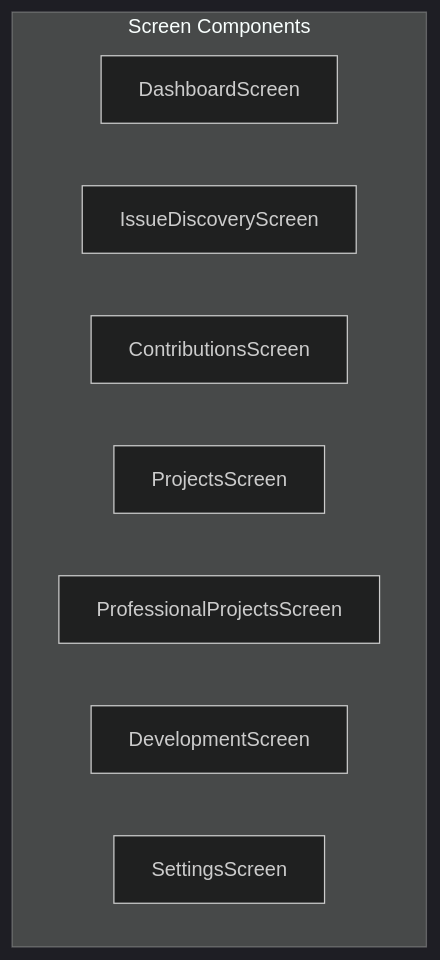
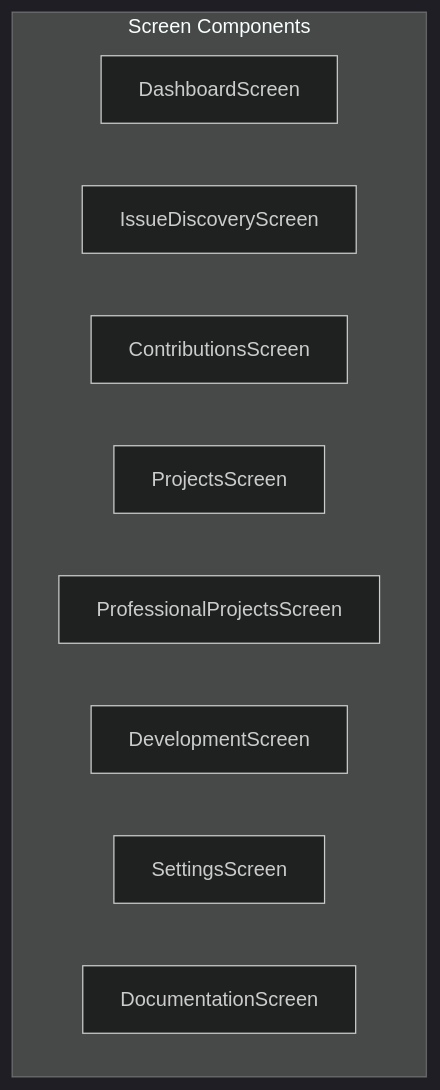
The second of 14 diagrams in docs/architecture/component-hierarchy.md (strawhatluka/cola-records), drawn with Mermaid (dark theme) before and after one commit. The commit also changed other lines of this file and 5 other files, not shown here.

````diff
--- a/docs/architecture/component-hierarchy.md
+++ b/docs/architecture/component-hierarchy.md
@@ -35,12 +36,13 @@
 ```mermaid
 graph TD
     subgraph Screens["Screen Components"]
         Dashboard[DashboardScreen]
         Issues[IssueDiscoveryScreen]
         Contributions[ContributionsScreen]
         Projects[ProjectsScreen]
         ProfProjects[ProfessionalProjectsScreen]
         Development[DevelopmentScreen]
         Settings[SettingsScreen]
+        Documentation[DocumentationScreen]
     end
 ```
````
